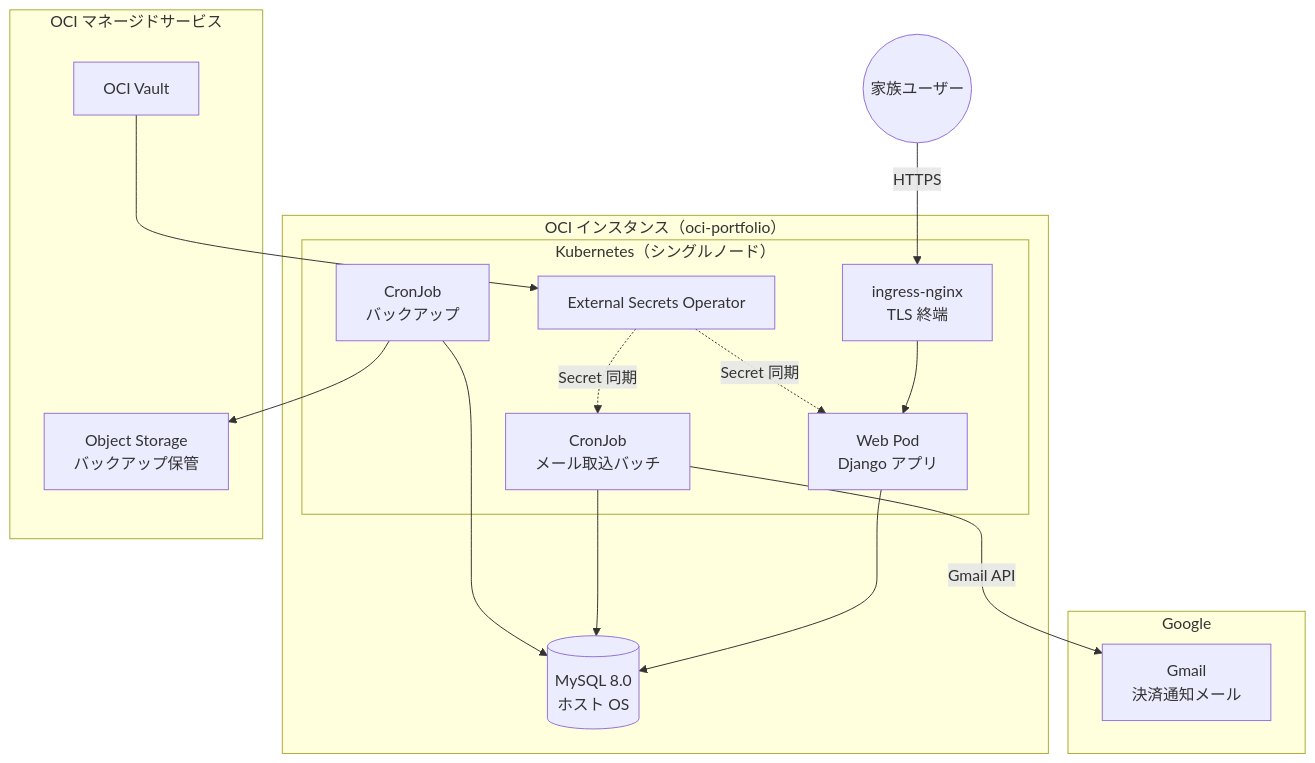
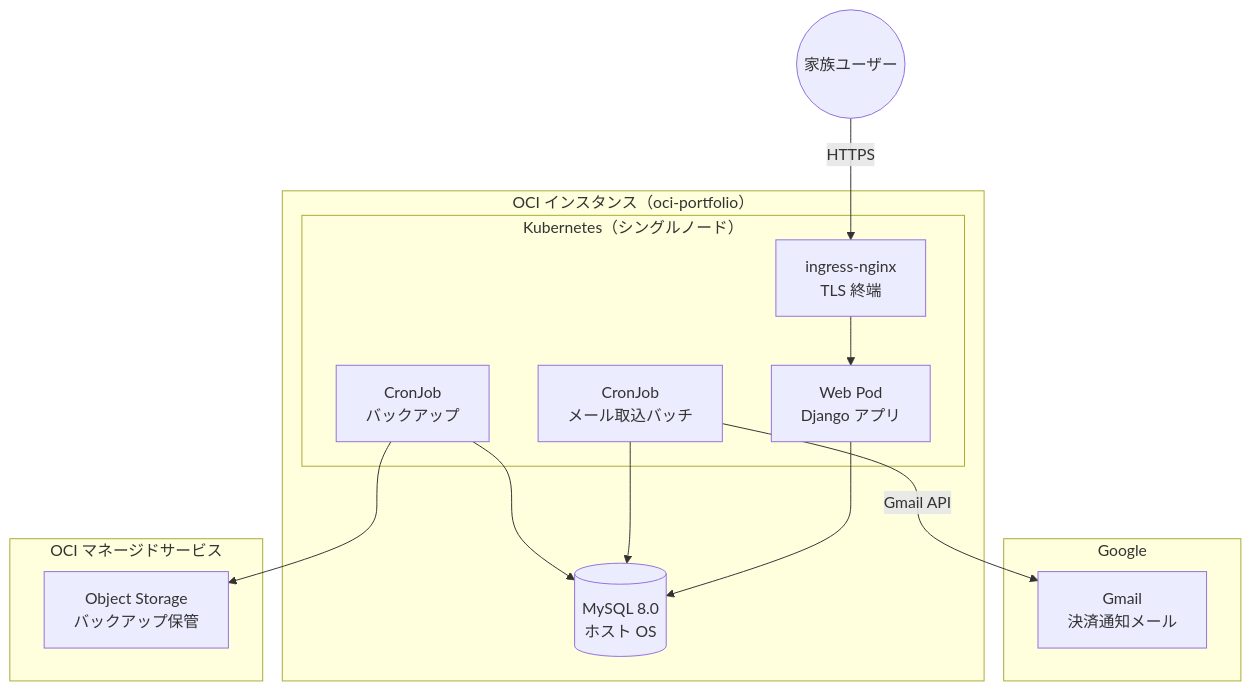
Before and after one commit to Seiya-Nakagawa/kakeibo: the first of 3 diagrams in docs/02.設計/基本設計書.md, drawn with Mermaid. The commit also changed other lines of this file and 2 other files, not shown here.

````diff
--- a/docs/02.設計/基本設計書.md
+++ b/docs/02.設計/基本設計書.md
@@ -45,33 +45,28 @@
 ```mermaid
 graph TD
     subgraph Google
         Gmail[Gmail<br/>決済通知メール]
     end
 
     subgraph OCI["OCI インスタンス（oci-portfolio）"]
         subgraph K8S["Kubernetes（シングルノード）"]
             Ingress[ingress-nginx<br/>TLS 終端]
             Web[Web Pod<br/>Django アプリ]
             CronImport[CronJob<br/>メール取込バッチ]
             CronBackup[CronJob<br/>バックアップ]
-            ESO[External Secrets Operator]
         end
         MySQL[(MySQL 8.0<br/>ホスト OS)]
     end
 
     subgraph OCIManaged["OCI マネージドサービス"]
-        Vault[OCI Vault]
         ObjStore[Object Storage<br/>バックアップ保管]
     end
 
     User((家族ユーザー)) -->|HTTPS| Ingress
     Ingress --> Web
     Web --> MySQL
     CronImport -->|Gmail API| Gmail
     CronImport --> MySQL
     CronBackup --> MySQL
     CronBackup --> ObjStore
-    Vault --> ESO
-    ESO -.->|Secret 同期| Web
-    ESO -.->|Secret 同期| CronImport
 ```
````
